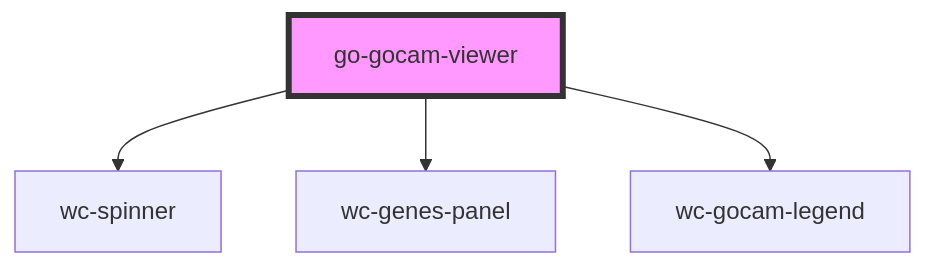
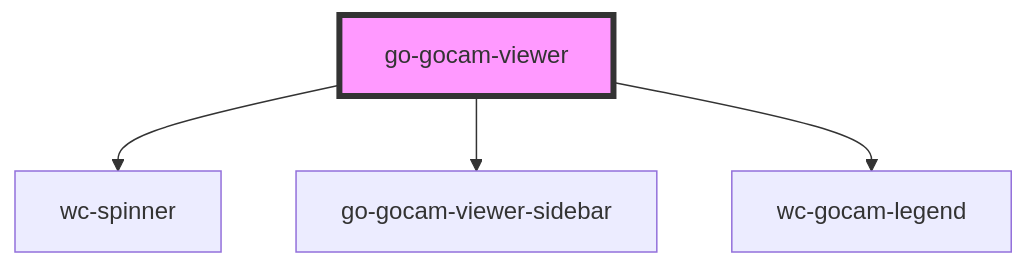
Before and after one commit to geneontology/web-components: the diagram in src/components/gocam-viewer/readme.md, drawn with Mermaid. The commit also changed other lines of this file and 6 other files, not shown here.

Commit message:
Rename wc-genes-panel to go-gocam-viewer-sidebar

````diff
--- a/src/components/gocam-viewer/readme.md
+++ b/src/components/gocam-viewer/readme.md
@@ -175,7 +175,7 @@
 ```mermaid
 graph TD;
   go-gocam-viewer --> wc-spinner
-  go-gocam-viewer --> wc-genes-panel
+  go-gocam-viewer --> go-gocam-viewer-sidebar
   go-gocam-viewer --> wc-gocam-legend
   style go-gocam-viewer fill:#f9f,stroke:#333,stroke-width:4px
 ```
````
